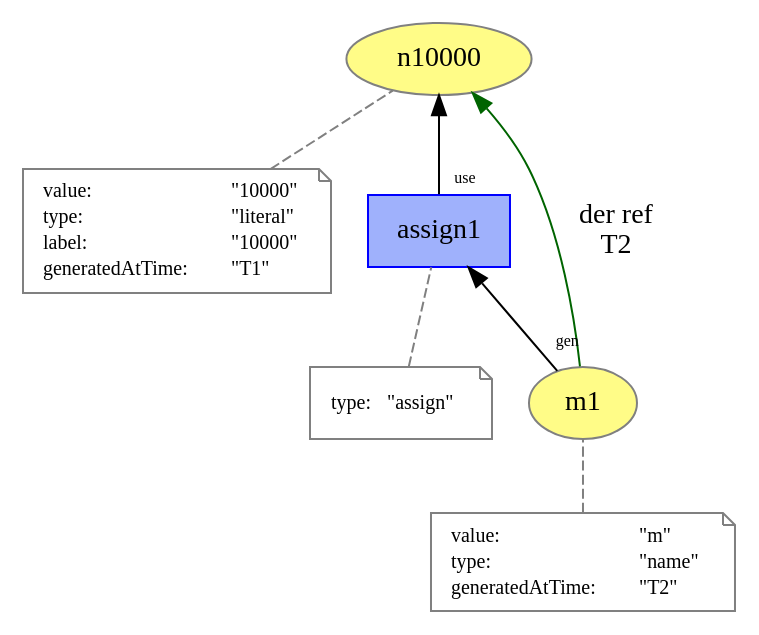
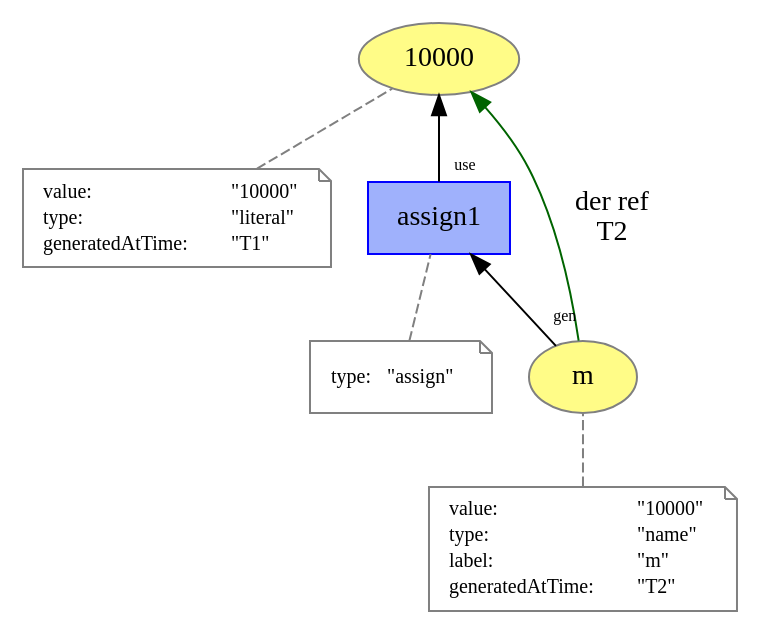
Before and after one commit to dew-uff/versioned-prov: the diagram in versioned_prov/assign.dot, drawn with Graphviz. The commit also changed 51 other files, not shown here.

```diff
--- a/versioned_prov/assign.dot
+++ b/versioned_prov/assign.dot
@@ -1,50 +1,50 @@
 digraph "PROV" { size="16,12"; rankdir="BT";
-"http://example.org/n10000" [fillcolor="#FFFC87",color="#808080",style="filled",label="n10000",URL="http://example.org/n10000"]
+"http://example.org/10000" [fillcolor="#FFFC87",color="#808080",style="filled",label="10000",URL="http://example.org/10000"]
 "-attrs0" [color="gray",shape="note",fontsize="10",fontcolor="black",label=<<TABLE cellpadding="0" border="0">
 	<TR>
 	    <TD align="left">value:</TD>
 	    <TD align="left">&quot;10000&quot;</TD>
 	</TR>
 	<TR>
 	    <TD align="left">type:</TD>
 	    <TD align="left">&quot;literal&quot;</TD>
 	</TR>
 	<TR>
-	    <TD align="left">label:</TD>
-	    <TD align="left">&quot;10000&quot;</TD>
-	</TR>
-	<TR>
 	    <TD align="left">generatedAtTime:</TD>
 	    <TD align="left">&quot;T1&quot;</TD>
 	</TR>
 </TABLE>>]
-"-attrs0" -> "http://example.org/n10000" [color="gray",style="dashed",arrowhead="none"]
-"http://example.org/m1" [fillcolor="#FFFC87",color="#808080",style="filled",label="m1",URL="http://example.org/m1"]
+"-attrs0" -> "http://example.org/10000" [color="gray",style="dashed",arrowhead="none"]
+"http://example.org/m" [fillcolor="#FFFC87",color="#808080",style="filled",label="m",URL="http://example.org/m"]
 "-attrs1" [color="gray",shape="note",fontsize="10",fontcolor="black",label=<<TABLE cellpadding="0" border="0">
 	<TR>
 	    <TD align="left">value:</TD>
-	    <TD align="left">&quot;m&quot;</TD>
+	    <TD align="left">&quot;10000&quot;</TD>
 	</TR>
 	<TR>
 	    <TD align="left">type:</TD>
 	    <TD align="left">&quot;name&quot;</TD>
 	</TR>
 	<TR>
+	    <TD align="left">label:</TD>
+	    <TD align="left">&quot;m&quot;</TD>
+	</TR>
+	<TR>
 	    <TD align="left">generatedAtTime:</TD>
 	    <TD align="left">&quot;T2&quot;</TD>
 	</TR>
 </TABLE>>]
-"-attrs1" -> "http://example.org/m1" [color="gray",style="dashed",arrowhead="none"]
+"-attrs1" -> "http://example.org/m" [color="gray",style="dashed",arrowhead="none"]
 "http://example.org/assign1" [fillcolor="#9FB1FC",color="#0000FF",shape="polygon",sides="4",style="filled",label="assign1",URL="http://example.org/assign1"]
 "-attrs2" [color="gray",shape="note",fontsize="10",fontcolor="black",label=<<TABLE cellpadding="0" border="0">
 	<TR>
 	    <TD align="left">type:</TD>
 	    <TD align="left">&quot;assign&quot;</TD>
 	</TR>
 </TABLE>>]
 "-attrs2" -> "http://example.org/assign1" [color="gray",style="dashed",arrowhead="none"]
-"http://example.org/assign1" -> "http://example.org/n10000" [labelfontsize="8",labeldistance="1.5",labelangle="60.0",rotation="20",taillabel="use"]
-"http://example.org/m1" -> "http://example.org/assign1" [labelfontsize="8",labeldistance="1.5",labelangle="60.0",rotation="20",taillabel="gen"]
-"http://example.org/m1" -> "http://example.org/n10000" [labelfontsize="8",labeldistance="1.5",color="darkgreen",labelangle="60.0",rotation="20",label="der ref
+"http://example.org/assign1" -> "http://example.org/10000" [labelfontsize="8",labeldistance="1.5",labelangle="60.0",rotation="20",taillabel="use"]
+"http://example.org/m" -> "http://example.org/assign1" [labelfontsize="8",labeldistance="1.5",labelangle="60.0",rotation="20",taillabel="gen"]
+"http://example.org/m" -> "http://example.org/10000" [labelfontsize="8",labeldistance="1.5",color="darkgreen",labelangle="60.0",rotation="20",label="der ref
 T2"]
 }
```
